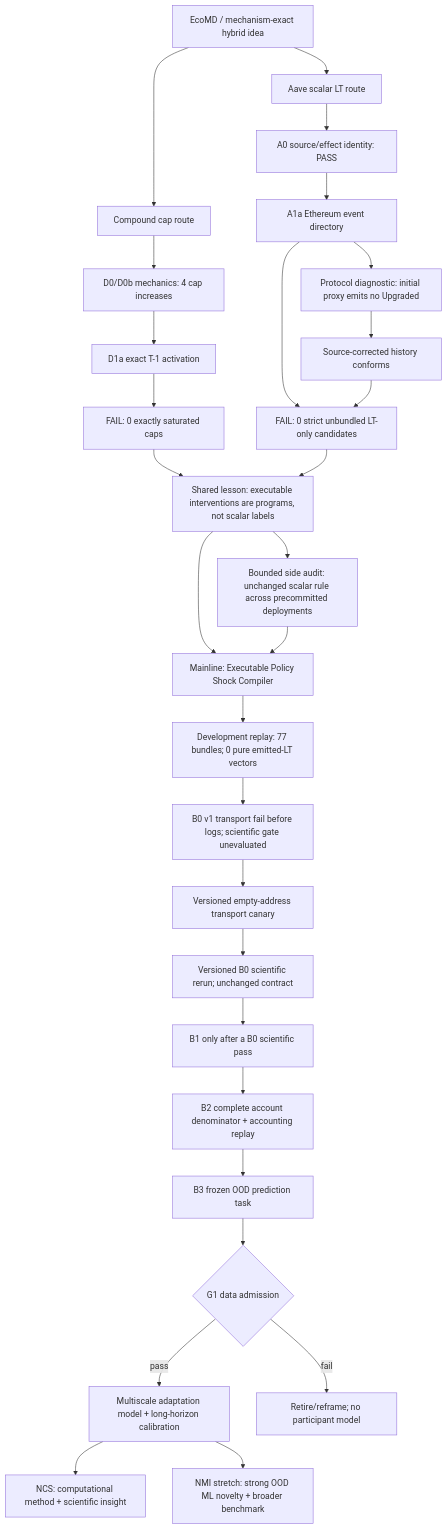
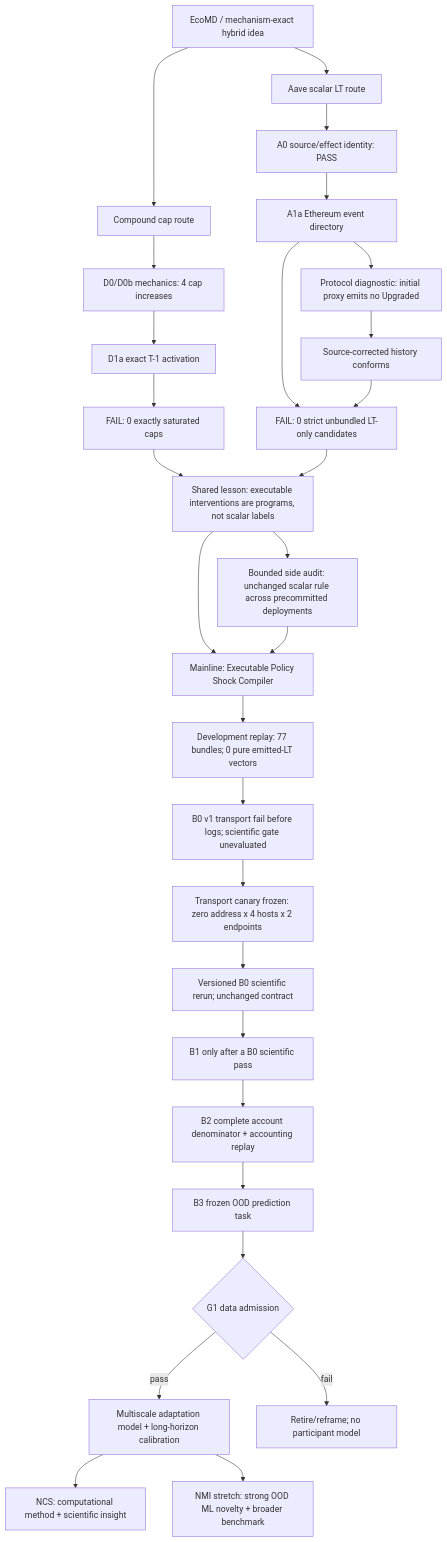
One commit to howardwang1997/ecophys changed the diagram in papers/proposal/v14_policy_shock_research_topology_2026-08-16.md. Above: the diagram before and after it, drawn with Mermaid. The commit also changed other lines of this file and 11 other files, not shown here.

Commit message:
experiment: freeze Aave B0 transport canary

````diff
--- a/papers/proposal/v14_policy_shock_research_topology_2026-08-16.md
+++ b/papers/proposal/v14_policy_shock_research_topology_2026-08-16.md
@@ -6,31 +6,31 @@
 ```mermaid
 flowchart TD
     E[EcoMD / mechanism-exact hybrid idea] --> C[Compound cap route]
     E --> A[Aave scalar LT route]
     C --> C0[D0/D0b mechanics: 4 cap increases]
     C0 --> C1[D1a exact T-1 activation]
     C1 --> CF[FAIL: 0 exactly saturated caps]
     A --> A0[A0 source/effect identity: PASS]
     A0 --> A1[A1a Ethereum event directory]
     A1 --> AF[FAIL: 0 strict unbundled LT-only candidates]
     A1 --> PD[Protocol diagnostic: initial proxy emits no Upgraded]
     PD --> HC[Source-corrected history conforms]
     HC --> AF
     CF --> S[Shared lesson: executable interventions are programs, not scalar labels]
     AF --> S
     S --> V[Mainline: Executable Policy Shock Compiler]
     S --> XS[Bounded side audit: unchanged scalar rule across precommitted deployments]
     XS --> V
     V --> E0[Development replay: 77 bundles; 0 pure emitted-LT vectors]
     E0 --> B0[B0 v1 transport fail before logs; scientific gate unevaluated]
-    B0 --> T0[Versioned empty-address transport canary]
+    B0 --> T0[Transport canary frozen: zero address x 4 hosts x 2 endpoints]
     T0 --> B0V2[Versioned B0 scientific rerun; unchanged contract]
     B0V2 --> B1[B1 only after a B0 scientific pass]
     B1 --> B2[B2 complete account denominator + accounting replay]
     B2 --> B3[B3 frozen OOD prediction task]
     B3 --> G1{G1 data admission}
     G1 -->|pass| M[Multiscale adaptation model + long-horizon calibration]
     G1 -->|fail| R[Retire/reframe; no participant model]
     M --> NCS[NCS: computational method + scientific insight]
     M --> NMI[NMI stretch: strong OOD ML novelty + broader benchmark]
 ```
````
